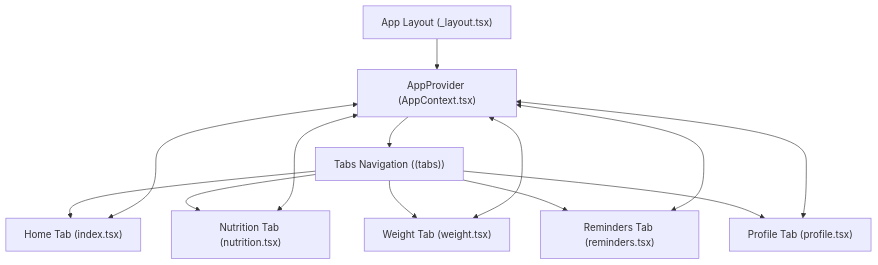
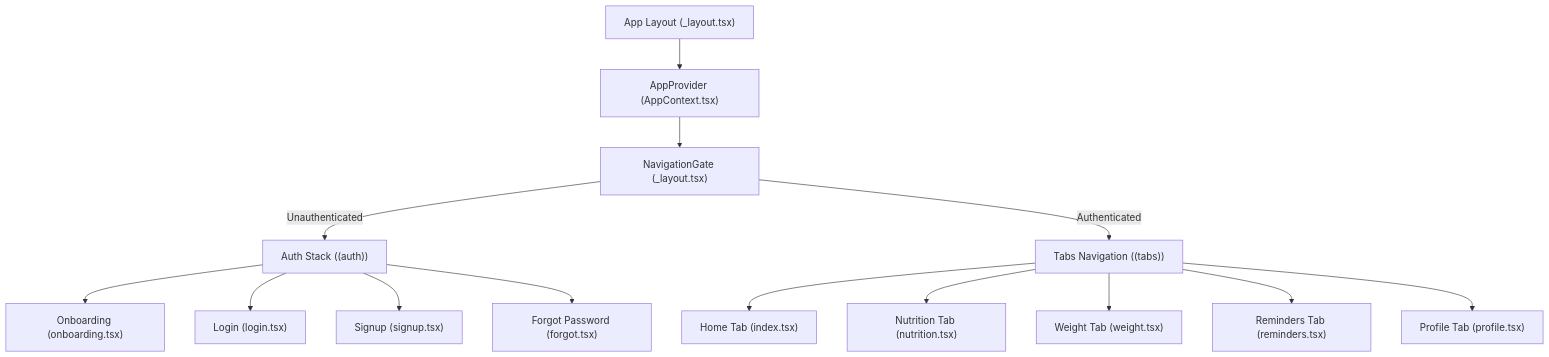
The diagram in ARCHITECTURE_DOCUMENTATION.md (sakilobm/fitness-app), drawn with Mermaid before and after one commit. The commit also changed other lines of this file and 12 other files, not shown here.

Commit message:
feat: implement full authentication suite with navigation gating and profile management store

````diff
--- a/ARCHITECTURE_DOCUMENTATION.md
+++ b/ARCHITECTURE_DOCUMENTATION.md
@@ -13,17 +13,19 @@
 ```mermaid
 graph TD
     AppLayout["App Layout (_layout.tsx)"] --> AppProvider["AppProvider (AppContext.tsx)"]
-    AppProvider --> Navigation["Tabs Navigation ((tabs))"]
+    AppProvider --> NavigationGate["NavigationGate (_layout.tsx)"]
     
-    Navigation --> Home["Home Tab (index.tsx)"]
-    Navigation --> Nutrition["Nutrition Tab (nutrition.tsx)"]
-    Navigation --> Weight["Weight Tab (weight.tsx)"]
-    Navigation --> Reminders["Reminders Tab (reminders.tsx)"]
-    Navigation --> Profile["Profile Tab (profile.tsx)"]
+    NavigationGate --> |"Unauthenticated"| AuthGroup["Auth Stack ((auth))"]
+    NavigationGate --> |"Authenticated"| TabNavigation["Tabs Navigation ((tabs))"]
     
-    Home <--> AppProvider
-    Nutrition <--> AppProvider
-    Weight <--> AppProvider
-    Reminders <--> AppProvider
-    Profile <--> AppProvider
+    AuthGroup --> Onboarding["Onboarding (onboarding.tsx)"]
+    AuthGroup --> Login["Login (login.tsx)"]
+    AuthGroup --> Signup["Signup (signup.tsx)"]
+    AuthGroup --> Forgot["Forgot Password (forgot.tsx)"]
+    
+    TabNavigation --> Home["Home Tab (index.tsx)"]
+    TabNavigation --> Nutrition["Nutrition Tab (nutrition.tsx)"]
+    TabNavigation --> Weight["Weight Tab (weight.tsx)"]
+    TabNavigation --> Reminders["Reminders Tab (reminders.tsx)"]
+    TabNavigation --> Profile["Profile Tab (profile.tsx)"]
 ```
````
